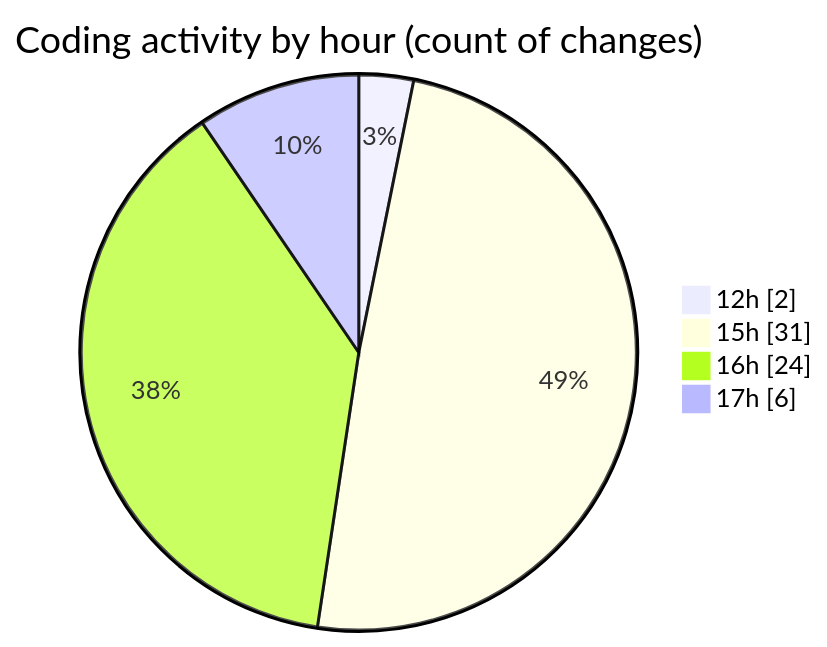
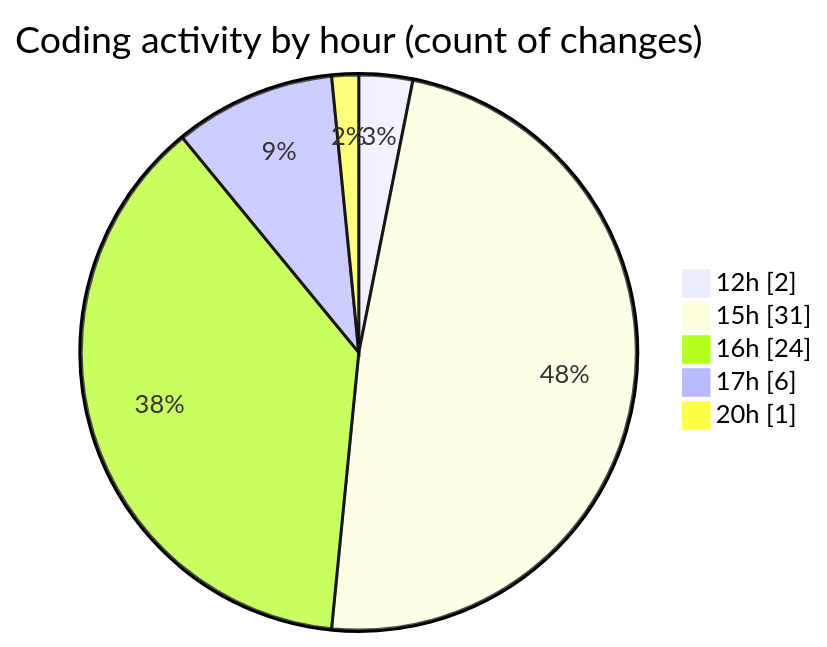
The second of 2 diagrams in 2025-02-26/cda/README.md (momahboobian/code-tracking), drawn with Mermaid before and after one commit. The commit also changed other lines of this file and 1 other file, not shown here.

````diff
--- a/2025-02-26/cda/README.md
+++ b/2025-02-26/cda/README.md
@@ -42,8 +42,9 @@
 ```mermaid
 pie showData
 title Coding activity by hour (count of changes)
 "12h" : 2
 "15h" : 31
 "16h" : 24
 "17h" : 6
+"20h" : 1
 ```
````
